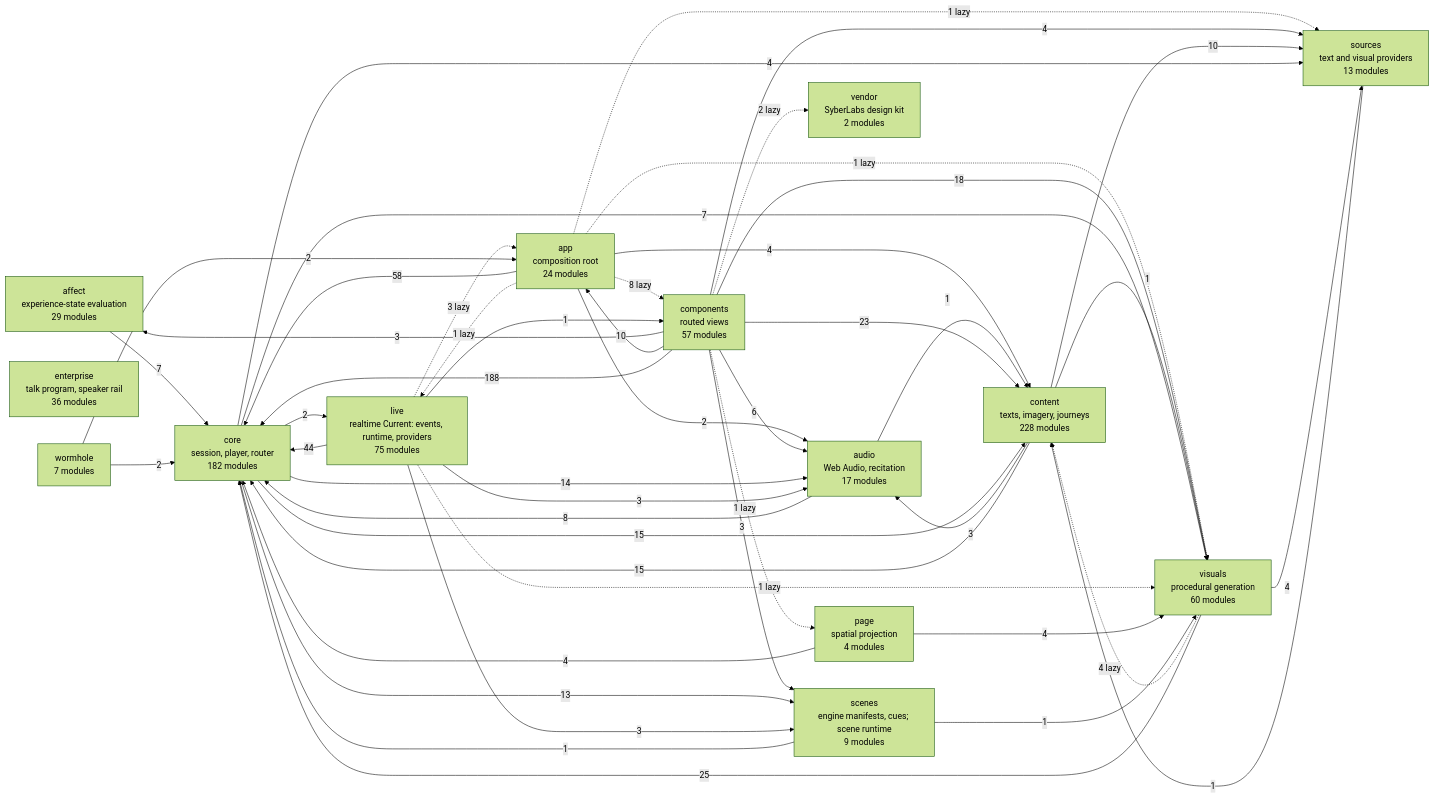
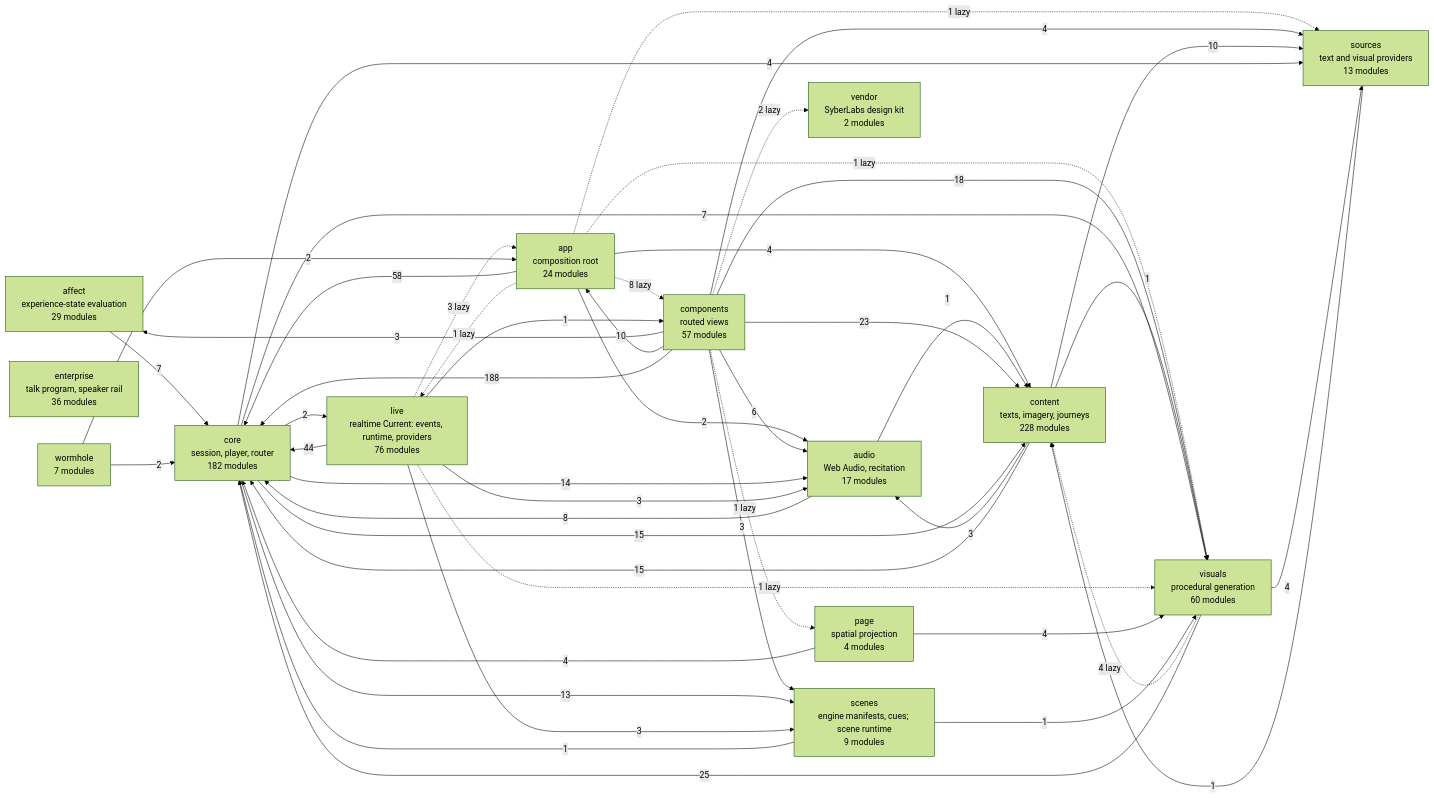
The diagram in docs/specs/ARCHITECTURE.md (SyberLabs/RISE), drawn with Mermaid (forest theme) before and after one commit. The commit also changed 18 other files, not shown here.

````diff
--- a/docs/specs/ARCHITECTURE.md
+++ b/docs/specs/ARCHITECTURE.md
@@ -161,64 +161,64 @@
 ```mermaid
 flowchart LR
     affect["affect<br/>experience-state evaluation<br/>29 modules"]
     app["app<br/>composition root<br/>24 modules"]
     audio["audio<br/>Web Audio, recitation<br/>17 modules"]
     components["components<br/>routed views<br/>57 modules"]
     content["content<br/>texts, imagery, journeys<br/>228 modules"]
     core["core<br/>session, player, router<br/>182 modules"]
     enterprise["enterprise<br/>talk program, speaker rail<br/>36 modules"]
-    live["live<br/>realtime Current: events, runtime, providers<br/>75 modules"]
+    live["live<br/>realtime Current: events, runtime, providers<br/>76 modules"]
     page["page<br/>spatial projection<br/>4 modules"]
     scenes["scenes<br/>engine manifests, cues; scene runtime<br/>9 modules"]
     sources["sources<br/>text and visual providers<br/>13 modules"]
     vendor["vendor<br/>SyberLabs design kit<br/>2 modules"]
     visuals["visuals<br/>procedural generation<br/>60 modules"]
     wormhole["wormhole<br/>7 modules"]
 
     affect --> |7| core
     app --> |2| audio
     app -.-> |8 lazy| components
     app --> |4| content
     app --> |58| core
     app -.-> |1 lazy| live
     app -.-> |1 lazy| sources
     app -.-> |1 lazy| visuals
     audio --> |1| content
     audio --> |8| core
     components --> |3| affect
     components --> |10| app
     components --> |6| audio
     components --> |23| content
     components --> |188| core
     components -.-> |1 lazy| page
     components --> |3| scenes
     components --> |4| sources
     components -.-> |2 lazy| vendor
     components --> |18| visuals
     content --> |3| audio
     content --> |15| core
     content --> |10| sources
     content --> |1| visuals
     core --> |14| audio
     core --> |15| content
     core --> |2| live
     core --> |13| scenes
     core --> |4| sources
     core --> |7| visuals
     live -.-> |3 lazy| app
     live --> |3| audio
     live --> |1| components
     live --> |44| core
     live --> |3| scenes
     live -.-> |1 lazy| visuals
     page --> |4| core
     page --> |4| visuals
     scenes --> |1| core
     scenes --> |1| visuals
     sources --> |1| content
     visuals -.-> |4 lazy| content
     visuals --> |25| core
     visuals --> |4| sources
     wormhole --> |2| app
     wormhole --> |2| core
 ```
````
